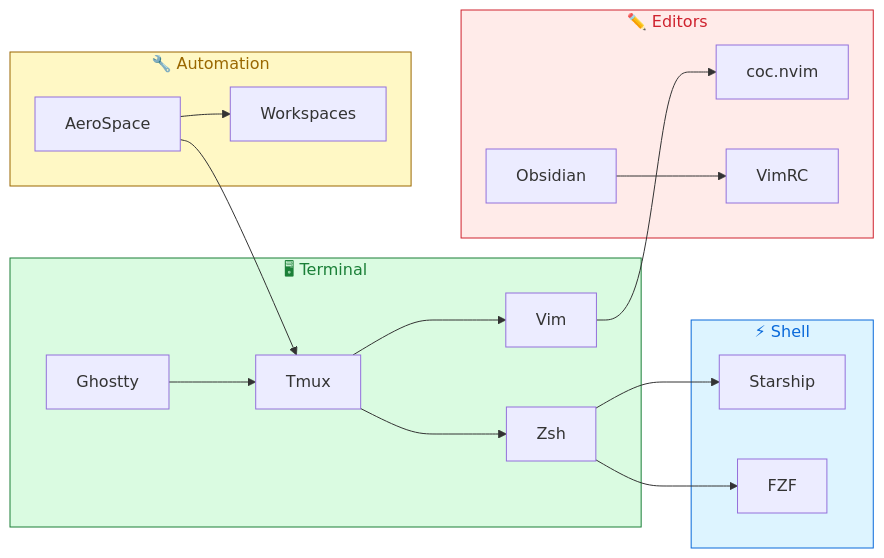
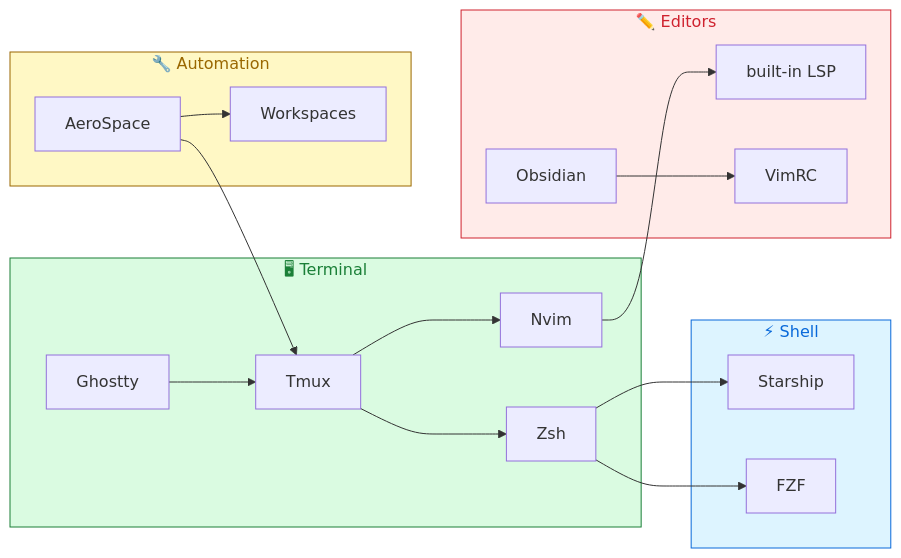
Before and after one commit to snesjhon/dotfiles: the diagram in README.md, drawn with Mermaid. The commit also changed other lines of this file and 41 other files, not shown here.

````diff
--- a/README.md
+++ b/README.md
@@ -43,28 +41,28 @@
 ```mermaid
 graph LR
     subgraph Terminal["🖥 Terminal"]
         Ghostty --> Tmux
         Tmux --> Zsh
-        Tmux --> Vim
+        Tmux --> Nvim
     end
 
     subgraph Shell["⚡ Shell"]
         Zsh --> Starship
         Zsh --> FZF
     end
 
     subgraph Automation["🔧 Automation"]
         AeroSpace --> Workspaces
         AeroSpace --> Tmux
     end
 
     subgraph Editors["✏️ Editors"]
-        Vim --> CocNvim["coc.nvim"]
+        Nvim --> LSP["built-in LSP"]
         Obsidian --> VimRC
     end
 
     style Terminal fill:#dafbe1,stroke:#1a7f37,color:#1a7f37
     style Shell fill:#ddf4ff,stroke:#0969da,color:#0969da
     style Automation fill:#fff8c5,stroke:#9a6700,color:#9a6700
     style Editors fill:#ffebe9,stroke:#cf222e,color:#cf222e
 ```
````
